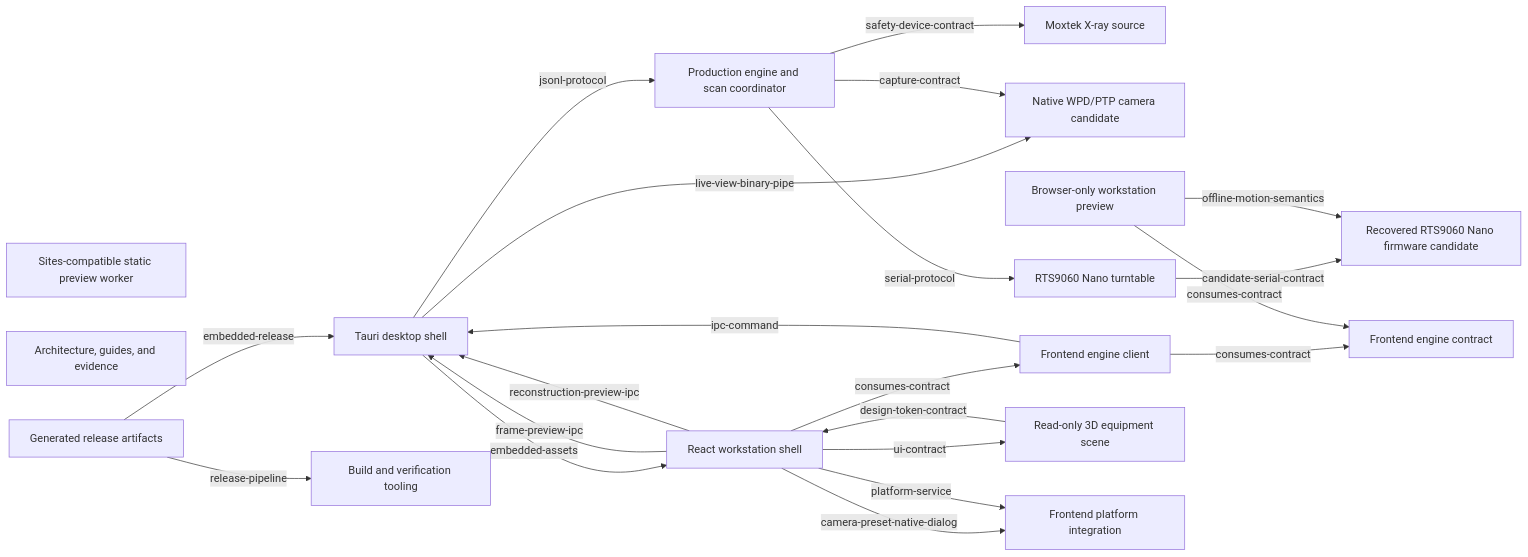
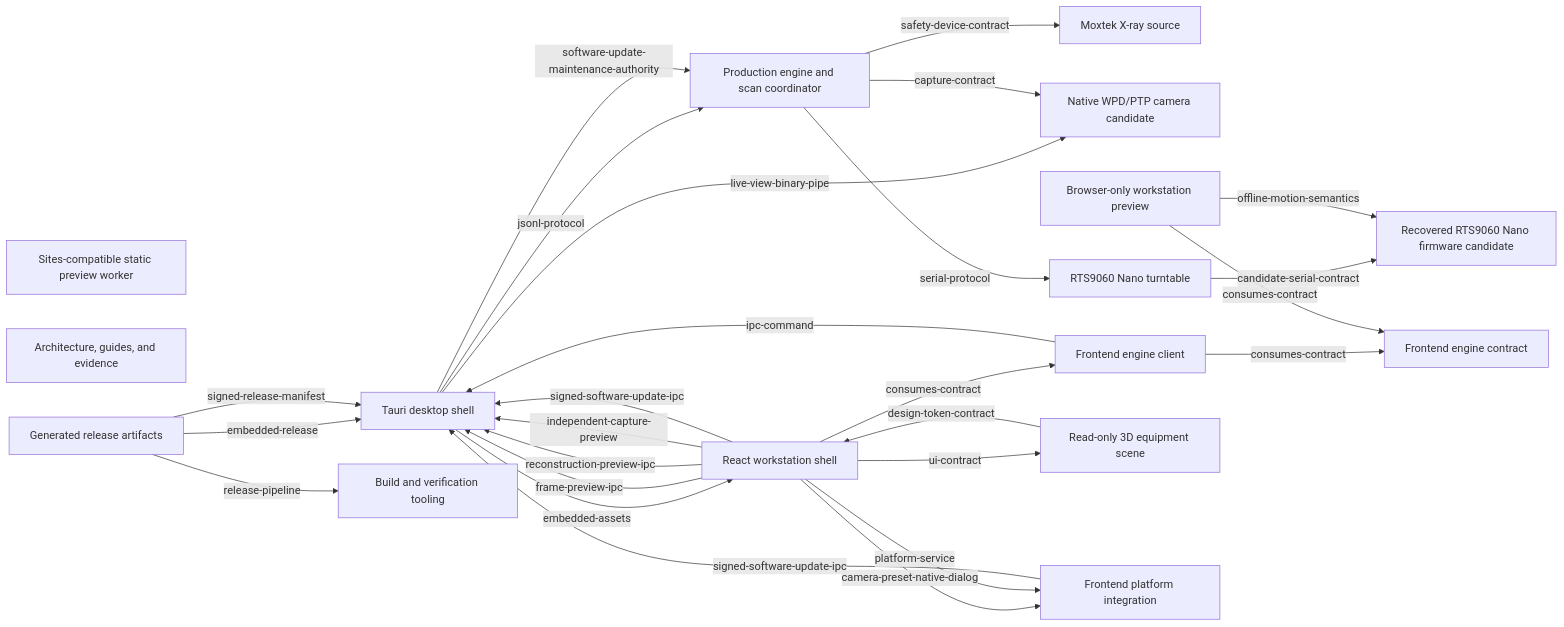
The diagram in docs/architecture/module-graph.md (Holy1one/Micro-CT-Workstation), drawn with Mermaid before and after one commit. The commit also changed other lines of this file and 126 other files, not shown here.

````diff
--- a/docs/architecture/module-graph.md
+++ b/docs/architecture/module-graph.md
@@ -8,39 +8,44 @@
 ```mermaid
 flowchart LR
   engine_core["Production engine and scan coordinator"]
   device_xray["Moxtek X-ray source"]
   device_camera["Native WPD/PTP camera candidate"]
   device_turntable["RTS9060 Nano turntable"]
   turntable_firmware["Recovered RTS9060 Nano firmware candidate"]
   desktop_shell["Tauri desktop shell"]
   frontend_contract["Frontend engine contract"]
   frontend_client["Frontend engine client"]
   developer_preview["Browser-only workstation preview"]
   ui_shell["React workstation shell"]
   scene["Read-only 3D equipment scene"]
   platform["Frontend platform integration"]
   build_tooling["Build and verification tooling"]
   extensions["Sites-compatible static preview worker"]
   documentation["Architecture, guides, and evidence"]
   release_artifacts["Generated release artifacts"]
   device_turntable -->|candidate-serial-contract| turntable_firmware
   developer_preview -->|offline-motion-semantics| turntable_firmware
   release_artifacts -->|release-pipeline| build_tooling
   release_artifacts -->|embedded-release| desktop_shell
   desktop_shell -->|embedded-assets| ui_shell
   ui_shell -->|consumes-contract| frontend_client
   frontend_client -->|consumes-contract| frontend_contract
   developer_preview -->|consumes-contract| frontend_contract
   frontend_client -->|ipc-command| desktop_shell
   ui_shell -->|frame-preview-ipc| desktop_shell
   desktop_shell -->|live-view-binary-pipe| device_camera
   ui_shell -->|camera-preset-native-dialog| platform
   ui_shell -->|reconstruction-preview-ipc| desktop_shell
   desktop_shell -->|jsonl-protocol| engine_core
   engine_core -->|safety-device-contract| device_xray
   engine_core -->|capture-contract| device_camera
   engine_core -->|serial-protocol| device_turntable
   ui_shell -->|ui-contract| scene
   scene -->|design-token-contract| ui_shell
   ui_shell -->|platform-service| platform
+  ui_shell -->|independent-capture-preview| desktop_shell
+  desktop_shell -->|software-update-maintenance-authority| engine_core
+  ui_shell -->|signed-software-update-ipc| desktop_shell
+  release_artifacts -->|signed-release-manifest| desktop_shell
+  platform -->|signed-software-update-ipc| desktop_shell
 ```
````
